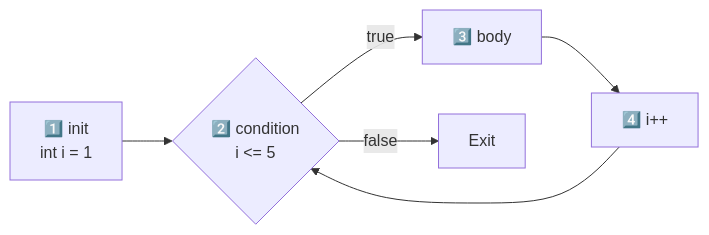
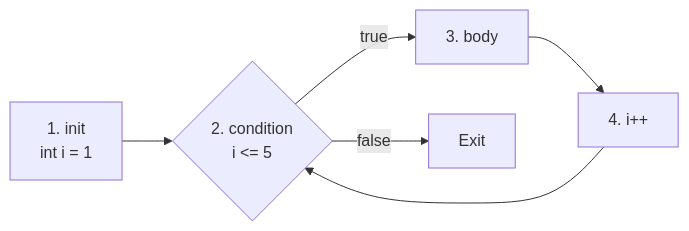
The fourth of 4 diagrams in src/Theory/03-Operators-and-Control-Statements/04-Looping-Statements.md (kundankumarsharma56/Leaning-Java), drawn with Mermaid before and after one commit. The commit also changed other lines of this file and 84 other files, not shown here.

````diff
--- a/src/Theory/03-Operators-and-Control-Statements/04-Looping-Statements.md
+++ b/src/Theory/03-Operators-and-Control-Statements/04-Looping-Statements.md
@@ -81,6 +81,6 @@
 ```mermaid
 flowchart LR
-    I["1️⃣ init<br/>int i = 1"] --> C{"2️⃣ condition<br/>i <= 5"}
-    C -->|true| B["3️⃣ body"] --> U["4️⃣ i++"] --> C
+    I["1. init<br/>int i = 1"] --> C{"2. condition<br/>i <= 5"}
+    C -->|true| B["3. body"] --> U["4. i++"] --> C
     C -->|false| X["Exit"]
 ```
````
